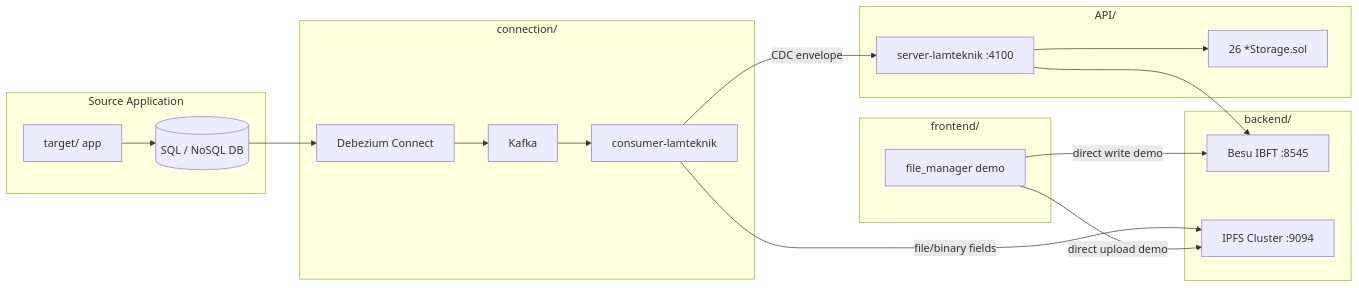
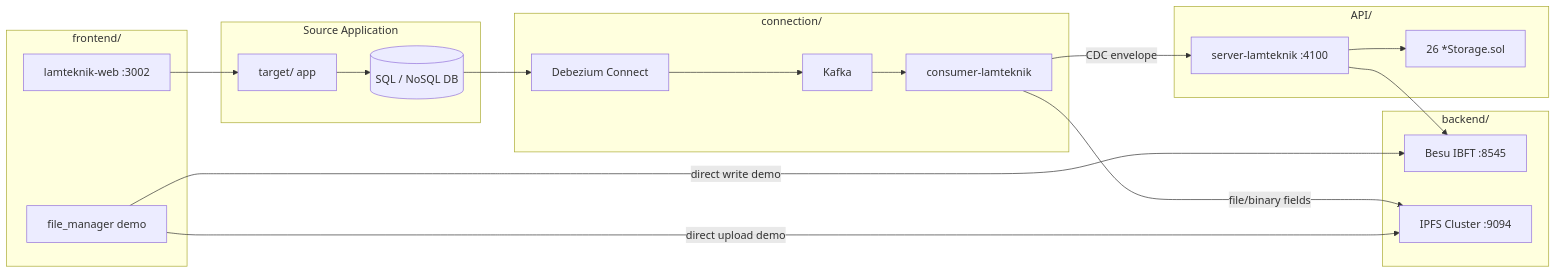
Before and after one commit to DeITdev/lamteknik-blockchain: the diagram in context/project-overview.md, drawn with Mermaid. The commit also changed other lines of this file and 385 other files, not shown here.

````diff
--- a/context/project-overview.md
+++ b/context/project-overview.md
@@ -13,35 +13,37 @@
 ```mermaid
 flowchart LR
   subgraph source [Source Application]
     TargetApp[target/ app]
     SourceDB[(SQL / NoSQL DB)]
   end
 
   subgraph connection [connection/]
     Debezium[Debezium Connect]
     Kafka[Kafka]
     Consumer[consumer-lamteknik]
   end
 
   subgraph backend [backend/]
     Besu[Besu IBFT :8545]
     IPFS[IPFS Cluster :9094]
   end
 
   subgraph api [API/]
     RestAPI[server-lamteknik :4100]
     Contracts["26 *Storage.sol"]
   end
 
   subgraph frontend [frontend/]
     FileManager[file_manager demo]
+    LamteknikWeb[lamteknik-web :3002]
   end
 
   TargetApp --> SourceDB
   SourceDB --> Debezium --> Kafka --> Consumer
   Consumer -->|file/binary fields| IPFS
   Consumer -->|CDC envelope| RestAPI --> Besu
   RestAPI --> Contracts
   FileManager -->|direct upload demo| IPFS
   FileManager -->|direct write demo| Besu
+  LamteknikWeb --> TargetApp
 ```
````
